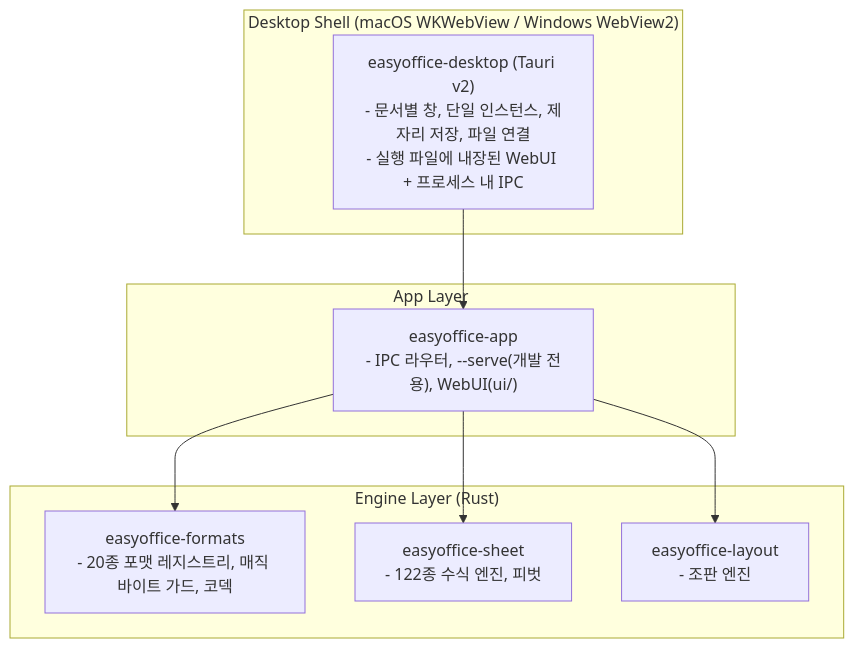
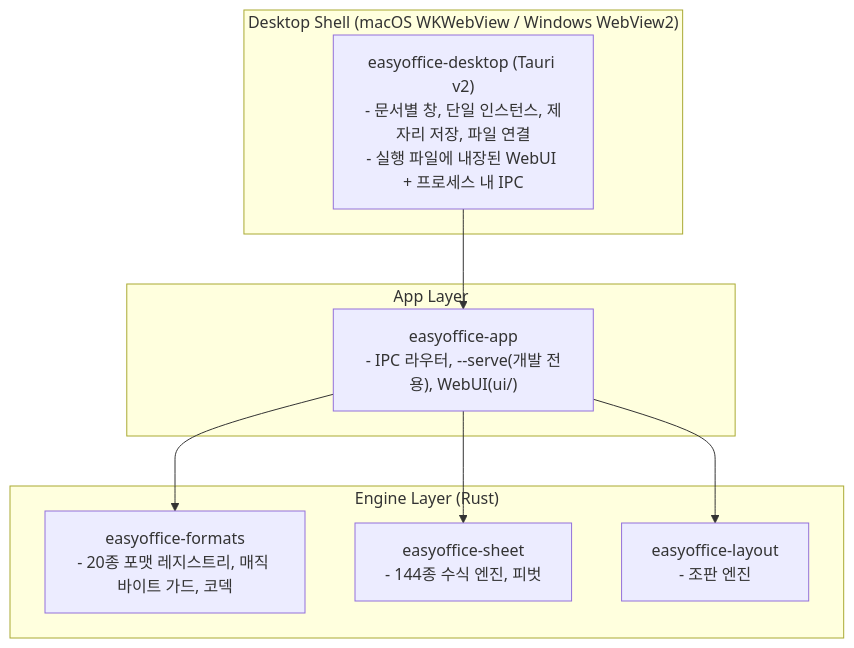
The diagram in docs/architecture.md (AquilaXk/easyoffice), drawn with Mermaid before and after one commit. The commit also changed other lines of this file and 17 other files, not shown here.

````diff
--- a/docs/architecture.md
+++ b/docs/architecture.md
@@ -9,18 +9,18 @@
 ```mermaid
 flowchart TD
     subgraph ShellLayer["Desktop Shell (macOS WKWebView / Windows WebView2)"]
         Desktop["easyoffice-desktop (Tauri v2)\n- 문서별 창, 단일 인스턴스, 제자리 저장, 파일 연결\n- 실행 파일에 내장된 WebUI + 프로세스 내 IPC"]
     end
     subgraph AppLayer["App Layer"]
         App["easyoffice-app\n- IPC 라우터, --serve(개발 전용), WebUI(ui/)"]
     end
     subgraph CoreLayer["Engine Layer (Rust)"]
         Formats["easyoffice-formats\n- 20종 포맷 레지스트리, 매직 바이트 가드, 코덱"]
-        Sheet["easyoffice-sheet\n- 122종 수식 엔진, 피벗"]
+        Sheet["easyoffice-sheet\n- 144종 수식 엔진, 피벗"]
         Layout["easyoffice-layout\n- 조판 엔진"]
     end
     Desktop --> App
     App --> Formats
     App --> Sheet
     App --> Layout
 ```
````
